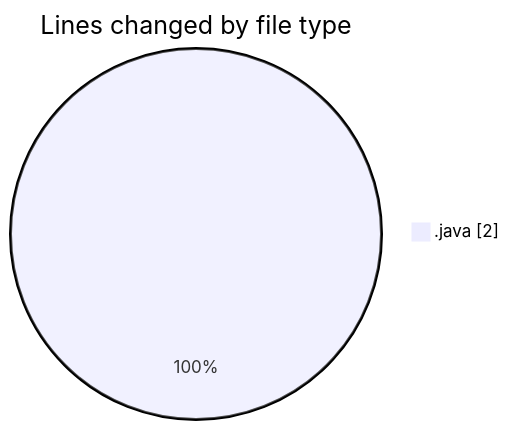
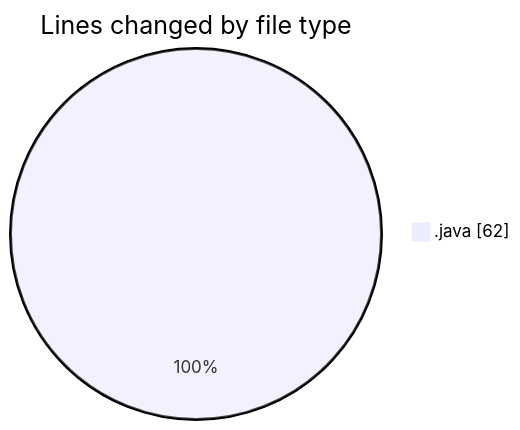
One commit to ricardozamudiocil/code-tracking changed the first of 2 diagrams in 2026-04-09/cilapp/README.md. Above: the diagram before and after it, drawn with Mermaid. The commit also changed other lines of this file and 1 other file, not shown here.

````diff
--- a/2026-04-09/cilapp/README.md
+++ b/2026-04-09/cilapp/README.md
@@ -20,5 +20,5 @@
 ```mermaid
 pie showData
 title Lines changed by file type
-".java" : 2
+".java" : 62
 ```
````
